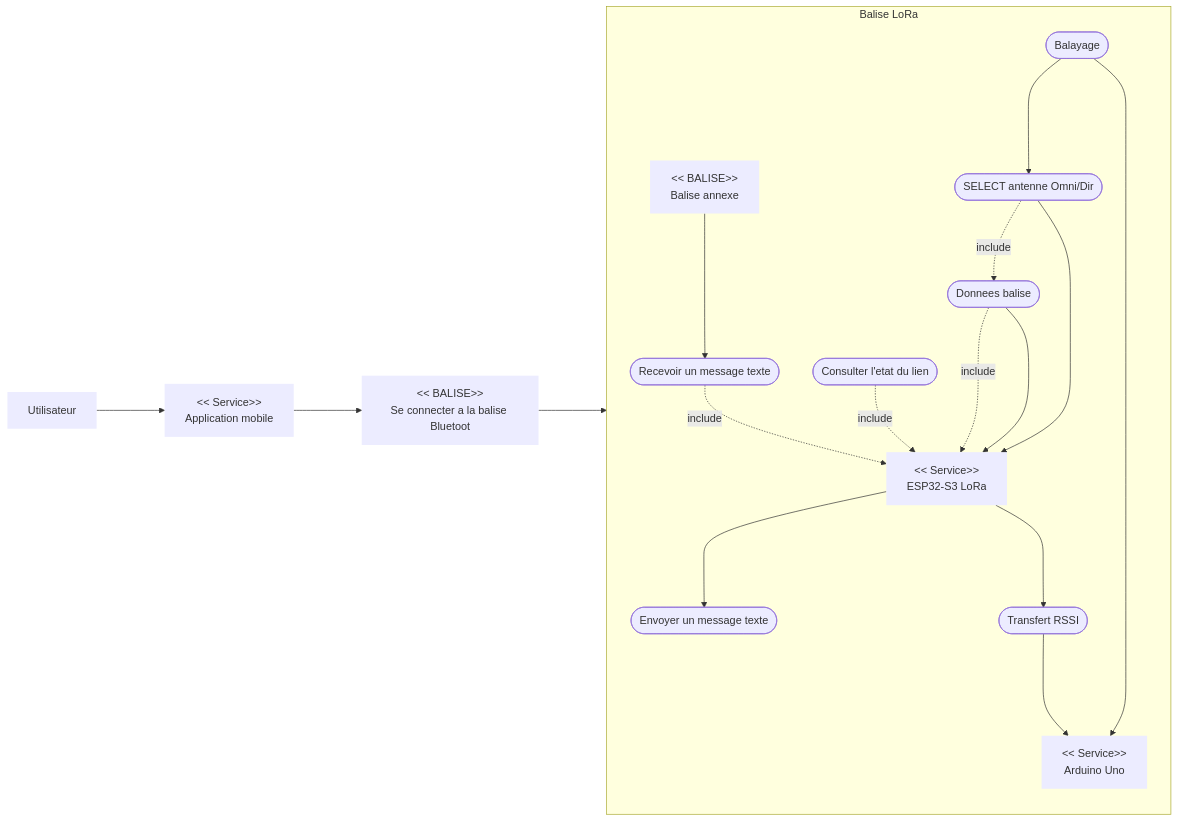
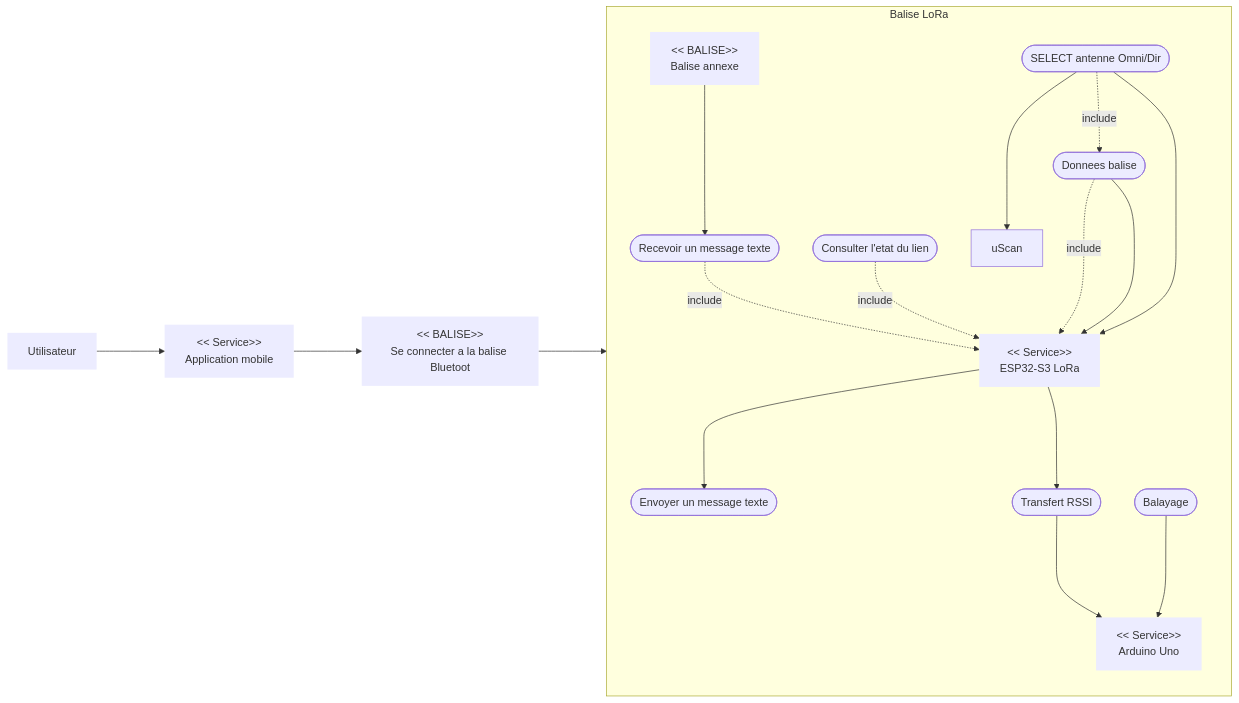
The first of 7 diagrams in Diagrammes_SysML_Projet_LoRa.md (SHU445/Projet-LoRa-72h), drawn with Mermaid before and after one commit.

Commit message:
"CorrectUseCase4.2"

````diff
--- a/Diagrammes_SysML_Projet_LoRa.md
+++ b/Diagrammes_SysML_Projet_LoRa.md
@@ -12,41 +12,41 @@
 ```mermaid
 flowchart LR
   rU["Utilisateur"]:::role
   rAPP["<< Service>>\nApplication mobile"]:::role
   rESP["<< Service>>\nESP32-S3 LoRa"]:::role
   rARD["<< Service>>\nArduino Uno"]:::role
   rCONN["<< BALISE>>\nSe connecter a la balise Bluetoot"]:::role
 
   rOTB["<< BALISE>>\nBalise annexe"]:::role
 
   subgraph S["Balise LoRa"]
     direction TB
     ucSend([Envoyer un message texte])
     ucReceive([Recevoir un message texte])
     ucStatus([Consulter l'etat du lien])
     ucData([Donnees balise])
     ucSelectAntenna([SELECT antenne Omni/Dir])
     ucScan([Balayage])
     ucRssi([Transfert RSSI])
 
     rESP ---> ucSend
     ucReceive -. include .-> rESP
     ucStatus -. include .-> rESP
     ucData -. include .-> rESP
     ucSelectAntenna -. include .-> ucData
-    ucScan ---> ucSelectAntenna
+    ucSelectAntenna ---> uScan
     rESP ---> ucRssi ---> rARD
     rOTB ---> ucReceive
   end
 
   rU ---> rAPP
   rAPP ---> rCONN
   rCONN ---> rESP
 
   ucData ---> rESP
   ucSelectAntenna ---> rESP
 
   ucScan ---> rARD
 
   classDef role stroke-width:0px;
 ```
````
